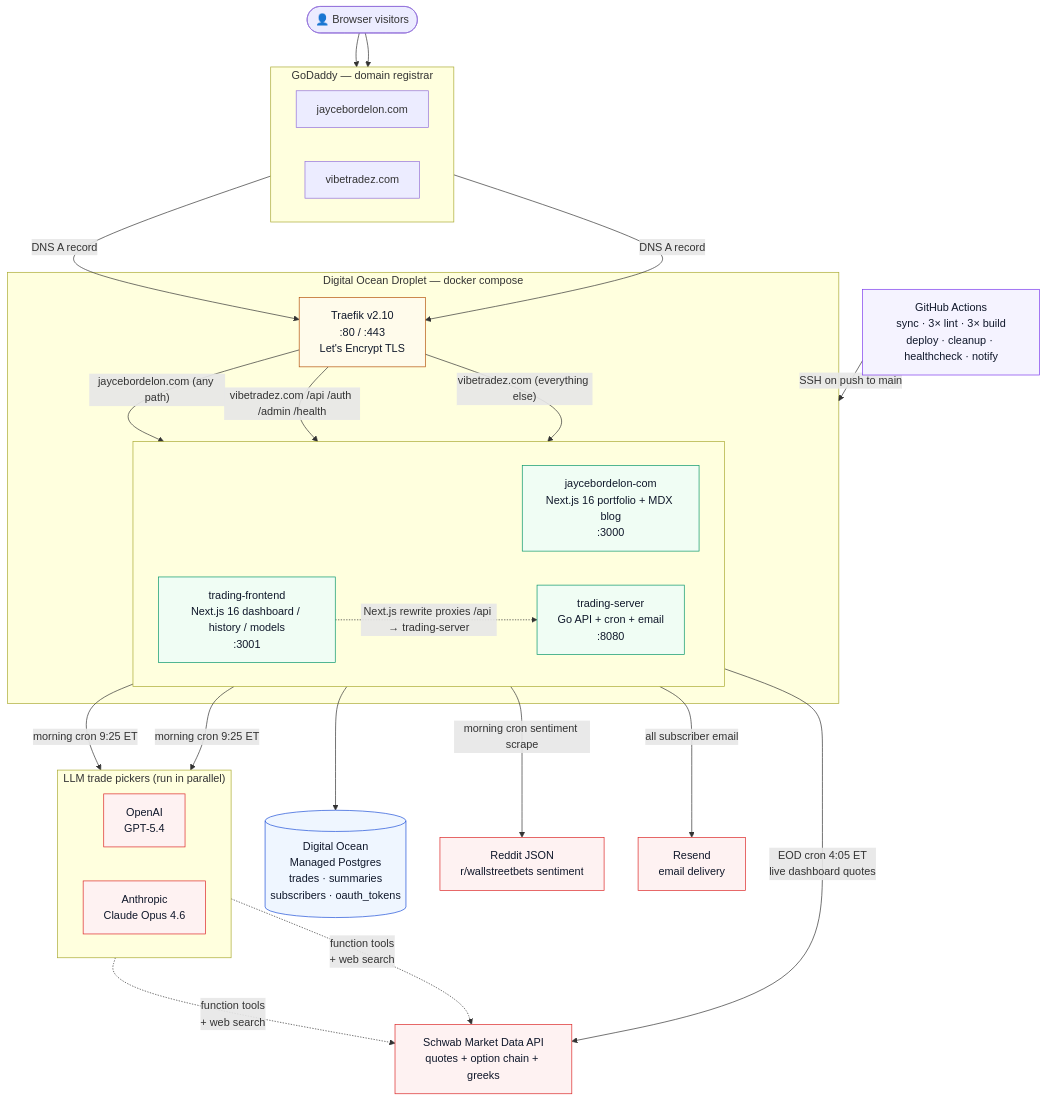
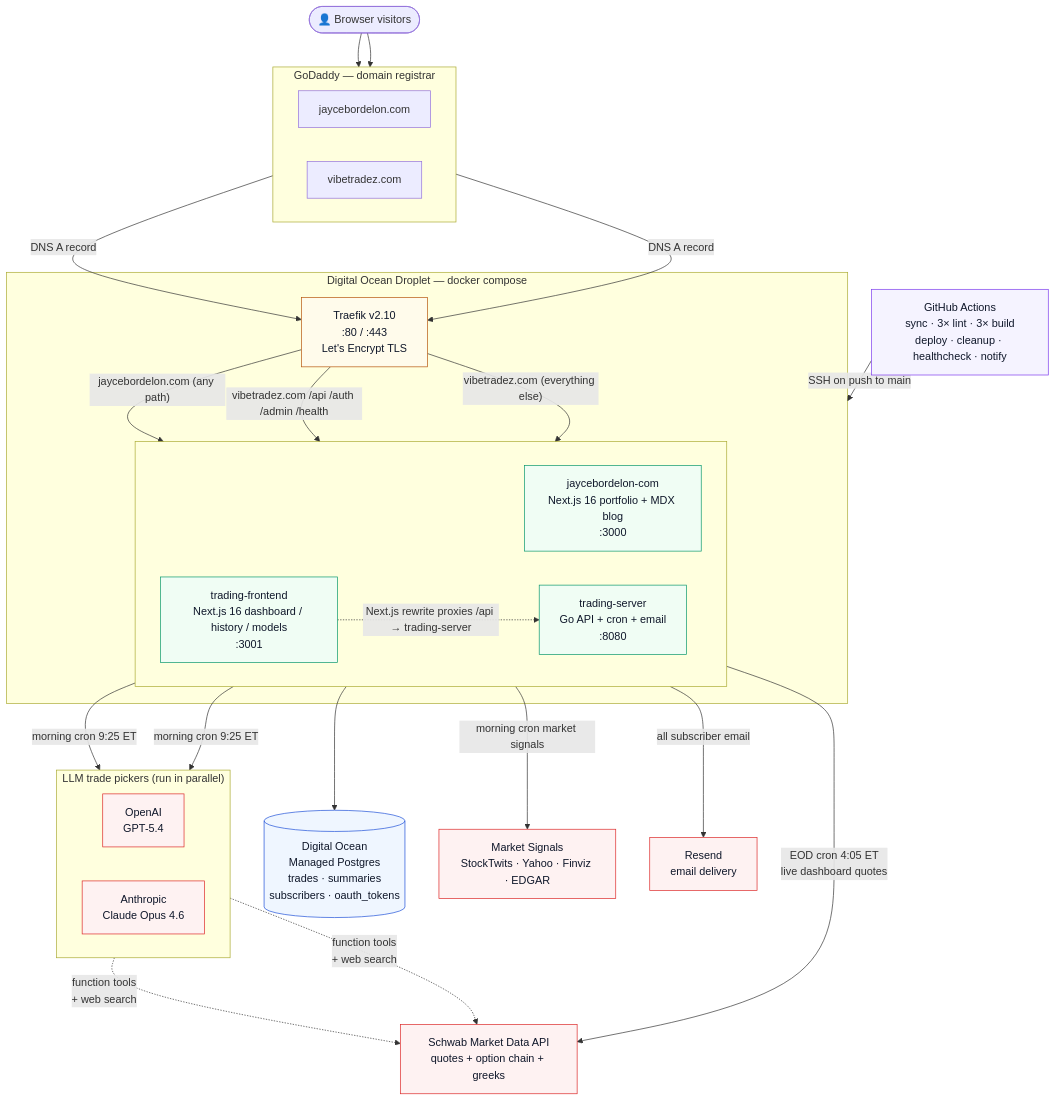
Before and after one commit to JayceBordelon/jaycestuff: the first of 2 diagrams in README.md, drawn with Mermaid. The commit also changed other lines of this file and 26 other files, not shown here.

First line of the commit message:
Replace Reddit scraper with professional market signal sources, fix Claude container_id

````diff
--- a/README.md
+++ b/README.md
@@ -7,63 +7,63 @@
 ```mermaid
 flowchart TB
     classDef external fill:#fef2f2,stroke:#dc2626,color:#0f172a
     classDef droplet fill:#f0fdf4,stroke:#059669,color:#0f172a
     classDef ci fill:#f5f3ff,stroke:#7c3aed,color:#0f172a
     classDef data fill:#eff6ff,stroke:#1d4ed8,color:#0f172a
     classDef edge fill:#fffbeb,stroke:#b45309,color:#0f172a
 
     User(["👤 Browser visitors"])
 
     subgraph DNS["GoDaddy — domain registrar"]
       direction LR
       D1["jaycebordelon.com"]
       D2["vibetradez.com"]
     end
 
     subgraph Droplet["Digital Ocean Droplet — docker compose"]
       Traefik["Traefik v2.10<br/>:80 / :443<br/>Let's Encrypt TLS"]:::edge
 
       subgraph Apps[" "]
         direction LR
         JBC["jaycebordelon-com<br/>Next.js 16 portfolio + MDX blog<br/>:3000"]:::droplet
         TF["trading-frontend<br/>Next.js 16 dashboard / history / models<br/>:3001"]:::droplet
         TS["trading-server<br/>Go API + cron + email<br/>:8080"]:::droplet
       end
 
       Traefik -- "jaycebordelon.com (any path)" --> JBC
       Traefik -- "vibetradez.com /api /auth /admin /health" --> TS
       Traefik -- "vibetradez.com (everything else)" --> TF
       TF -. "Next.js rewrite proxies /api → trading-server" .-> TS
     end
 
     DB[("Digital Ocean<br/>Managed Postgres<br/>trades · summaries<br/>subscribers · oauth_tokens")]:::data
 
     subgraph Pickers["LLM trade pickers (run in parallel)"]
       direction LR
       OAI["OpenAI<br/>GPT-5.4"]:::external
       ANT["Anthropic<br/>Claude Opus 4.6"]:::external
     end
 
     Schwab["Schwab Market Data API<br/>quotes + option chain + greeks"]:::external
-    Reddit["Reddit JSON<br/>r/wallstreetbets sentiment"]:::external
+    Signals["Market Signals<br/>StockTwits · Yahoo · Finviz · EDGAR"]:::external
     Resend["Resend<br/>email delivery"]:::external
 
     GH["GitHub Actions<br/>sync · 3× lint · 3× build<br/>deploy · cleanup · healthcheck · notify"]:::ci
 
     User --> D1
     User --> D2
     D1 -- "DNS A record" --> Traefik
     D2 -- "DNS A record" --> Traefik
 
     TS --> DB
     TS -- "morning cron 9:25 ET" --> OAI
     TS -- "morning cron 9:25 ET" --> ANT
     TS -- "EOD cron 4:05 ET<br/>live dashboard quotes" --> Schwab
-    TS -- "morning cron sentiment scrape" --> Reddit
+    TS -- "morning cron market signals" --> Signals
     TS -- "all subscriber email" --> Resend
 
     OAI -. "function tools<br/>+ web search" .-> Schwab
     ANT -. "function tools<br/>+ web search" .-> Schwab
 
     GH -- "SSH on push to main" --> Droplet
 ```
````
